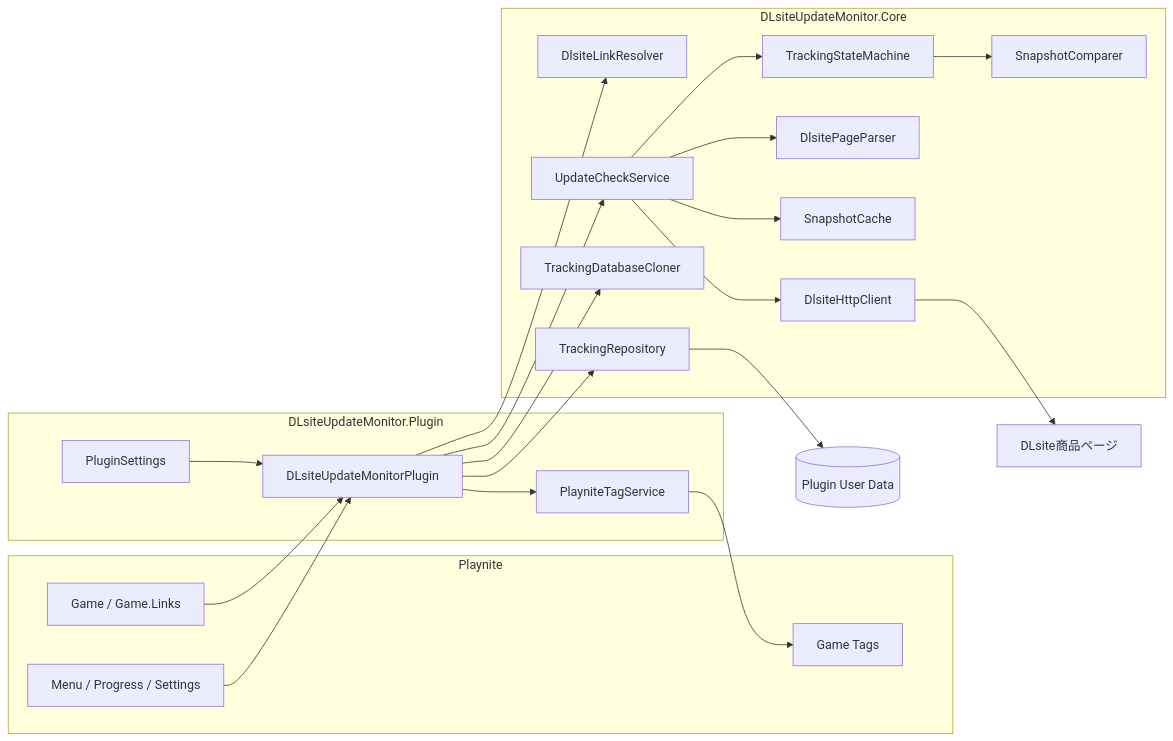
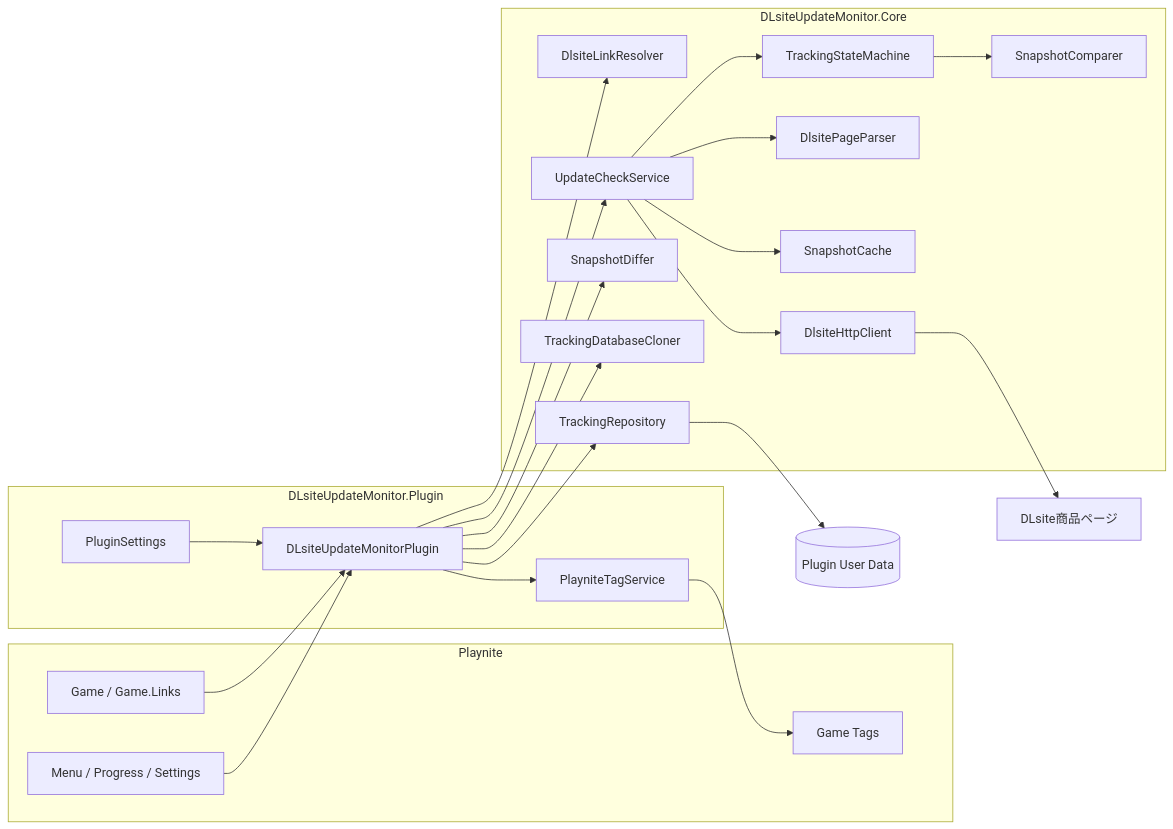
Before and after one commit to Hoyomaru/DLsite-Update-Monitor: the diagram in docs/ARCHITECTURE.md, drawn with Mermaid. The commit also changed other lines of this file and 27 other files, not shown here.

First line of the commit message:
fix: harden monitor and add snapshot diff view

````diff
--- a/docs/ARCHITECTURE.md
+++ b/docs/ARCHITECTURE.md
@@ -9,46 +9,48 @@
 ```mermaid
 flowchart LR
     subgraph Playnite[Playnite]
         Game[Game / Game.Links]
         Menu[Menu / Progress / Settings]
         Tags[Game Tags]
     end
 
     subgraph Plugin[DLsiteUpdateMonitor.Plugin]
         Orchestrator[DLsiteUpdateMonitorPlugin]
         Settings[PluginSettings]
         TagService[PlayniteTagService]
     end
 
     subgraph Core[DLsiteUpdateMonitor.Core]
         Resolver[DlsiteLinkResolver]
         Check[UpdateCheckService]
         Http[DlsiteHttpClient]
         Parser[DlsitePageParser]
         Cache[SnapshotCache]
         Compare[SnapshotComparer]
+        Diff[SnapshotDiffer]
         State[TrackingStateMachine]
         Clone[TrackingDatabaseCloner]
         Repo[TrackingRepository]
     end
 
     DLsite[DLsite商品ページ]
     Disk[(Plugin User Data)]
 
     Game --> Orchestrator
     Menu --> Orchestrator
     Orchestrator --> Resolver
     Orchestrator --> Check
     Check --> Cache
     Check --> Http
     Http --> DLsite
     Check --> Parser
     Check --> State
     State --> Compare
+    Orchestrator --> Diff
     Orchestrator --> Clone
     Orchestrator --> Repo
     Repo --> Disk
     Orchestrator --> TagService
     TagService --> Tags
     Settings --> Orchestrator
 ```
````
